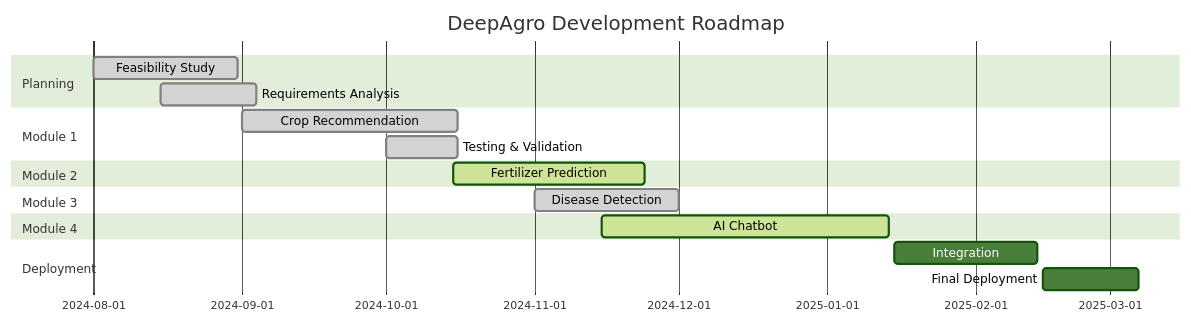
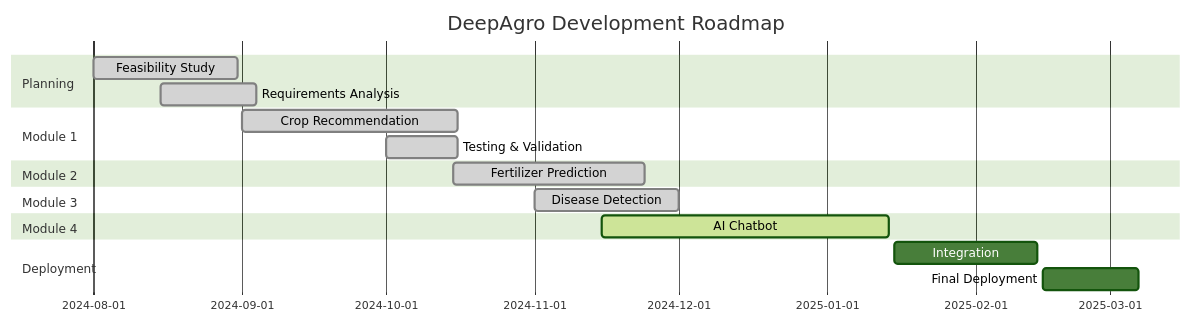
Before and after one commit to modeltrainer100/CS210-Software-Engineering-Project-: the diagram in README.md, drawn with Mermaid (forest theme). The commit also changed other lines of this file, not shown here.

````diff
--- a/README.md
+++ b/README.md
@@ -98,20 +99,20 @@
 ```mermaid
 gantt
     title DeepAgro Development Roadmap
     dateFormat  YYYY-MM-DD
     section Planning
     Feasibility Study           :done,    des1, 2024-08-01, 30d
     Requirements Analysis       :done,    des2, 2024-08-15, 20d
     section Module 1
     Crop Recommendation         :done,    mod1, 2024-09-01, 45d
     Testing & Validation        :done,    test1, 2024-10-01, 15d
     section Module 2
-    Fertilizer Prediction       :active,  mod2, 2024-10-15, 40d
+    Fertilizer Prediction       :done,  mod2, 2024-10-15, 40d
     section Module 3
     Disease Detection           :done,    mod3, 2024-11-01, 30d
     section Module 4
     AI Chatbot                  :active,  mod4, 2024-11-15, 60d
     section Deployment
     Integration                :         int1, 2025-01-15, 30d
     Final Deployment           :         dep1, 2025-02-15, 20d
 ```
````
